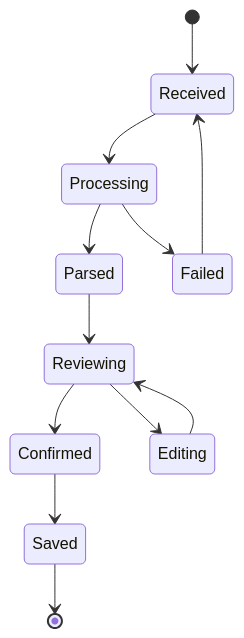
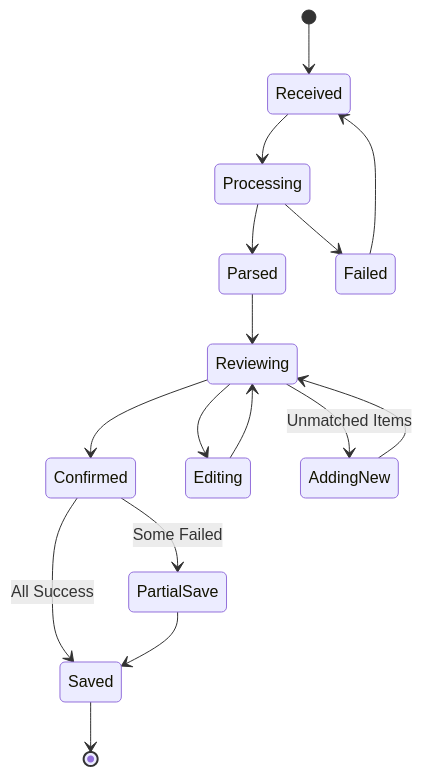
The tenth of 14 diagrams in docs/nastart-complete-docs.md (ardyutama/nastart), drawn with Mermaid before and after one commit. The commit also changed other lines of this file and 12 other files, not shown here.

````diff
--- a/docs/nastart-complete-docs.md
+++ b/docs/nastart-complete-docs.md
@@ -545,14 +625,18 @@
 ```mermaid
 stateDiagram-v2
     [*] --> Received
     Received --> Processing
     Processing --> Parsed
     Processing --> Failed
     Failed --> Received
     Parsed --> Reviewing
     Reviewing --> Confirmed
     Reviewing --> Editing
     Editing --> Reviewing
-    Confirmed --> Saved
+    Reviewing --> AddingNew: Unmatched Items
+    AddingNew --> Reviewing
+    Confirmed --> PartialSave: Some Failed
+    Confirmed --> Saved: All Success
+    PartialSave --> Saved
     Saved --> [*]
 ```
````
